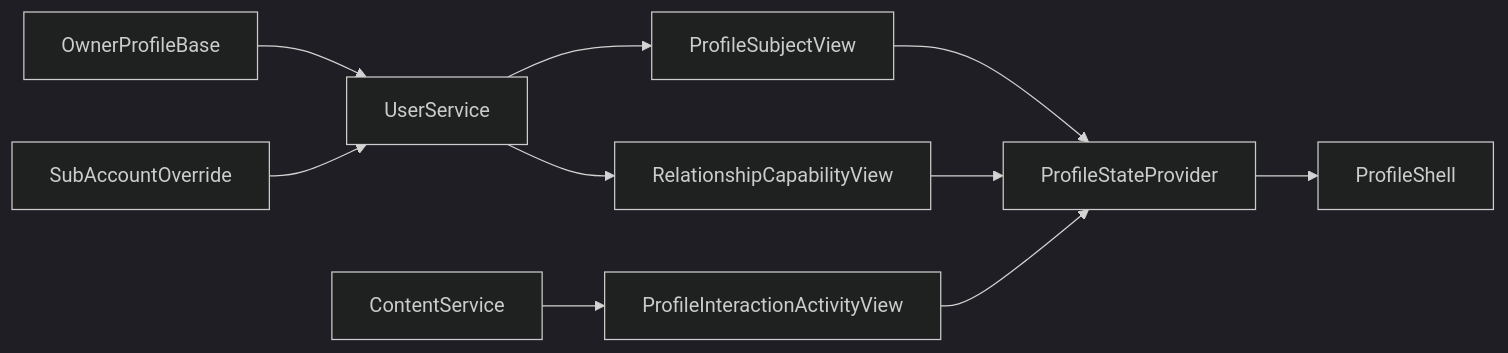
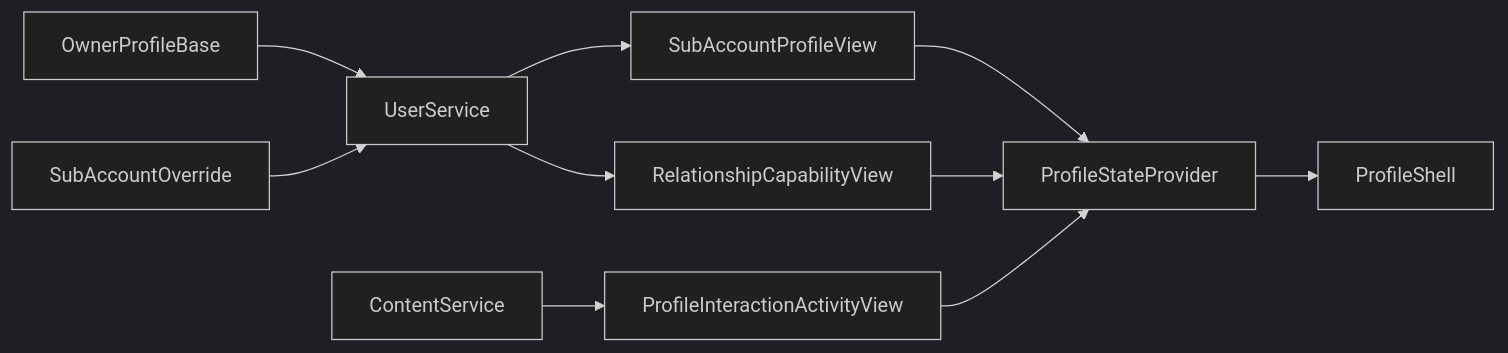
One commit to openstudio2022/quwoquan changed the diagram in specs/feature-tree/user-identity-profile-relationship/profile-homepage-redesign/owner-subaccount-homepage-unification/design.md. Above: the diagram before and after it, drawn with Mermaid (dark theme). The commit also changed other lines of this file and 232 other files, not shown here.

````diff
--- a/specs/feature-tree/user-identity-profile-relationship/profile-homepage-redesign/owner-subaccount-homepage-unification/design.md
+++ b/specs/feature-tree/user-identity-profile-relationship/profile-homepage-redesign/owner-subaccount-homepage-unification/design.md
@@ -573,22 +573,22 @@
 ```mermaid
 flowchart LR
   OwnerBase[OwnerProfileBase]
   SubOverride[SubAccountOverride]
   UserSvc[UserService]
   ContentSvc[ContentService]
-  SubjectView[ProfileSubjectView]
+  SubjectView[SubAccountProfileView]
   RelView[RelationshipCapabilityView]
   ActivityView[ProfileInteractionActivityView]
   ProfileState[ProfileStateProvider]
   ProfileShell[ProfileShell]
 
   OwnerBase --> UserSvc
   SubOverride --> UserSvc
   UserSvc --> SubjectView
   UserSvc --> RelView
   ContentSvc --> ActivityView
   SubjectView --> ProfileState
   RelView --> ProfileState
   ActivityView --> ProfileState
   ProfileState --> ProfileShell
 ```
````
